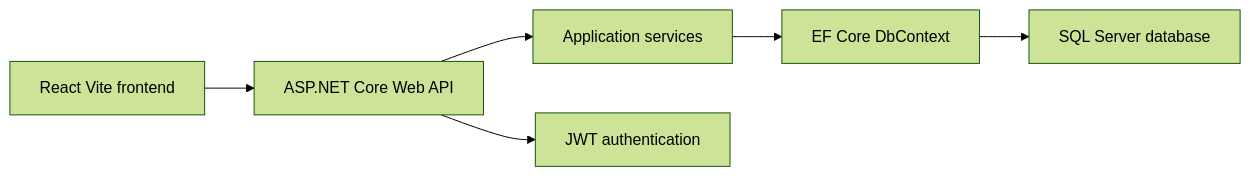
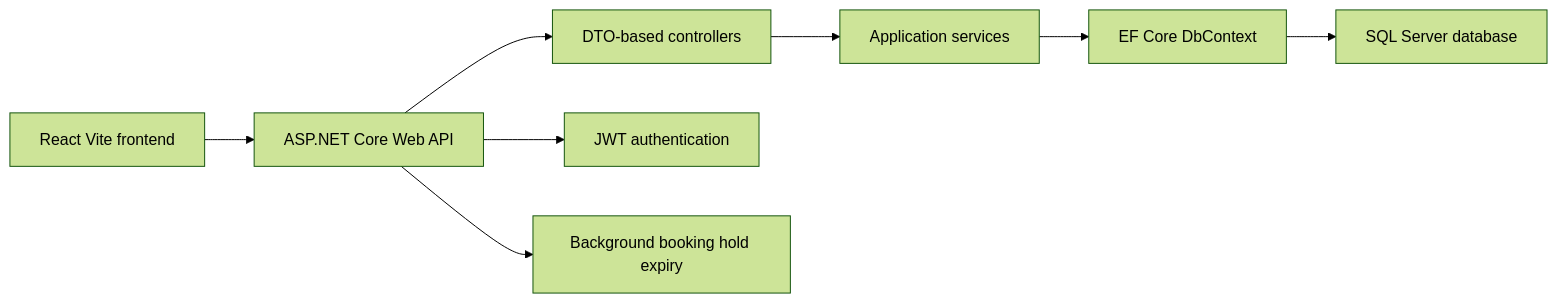
Before and after one commit to chunkylikestrain/TrainTicketPlatformAPI: the first of 3 diagrams in README.md, drawn with Mermaid (forest theme). The commit also changed other lines of this file and 2 other files, not shown here.

````diff
--- a/README.md
+++ b/README.md
@@ -18,8 +19,10 @@
 ```mermaid
 flowchart LR
   React["React Vite frontend"] --> Api["ASP.NET Core Web API"]
-  Api --> Services["Application services"]
+  Api --> Controllers["DTO-based controllers"]
+  Controllers --> Services["Application services"]
   Services --> Ef["EF Core DbContext"]
   Ef --> Sql["SQL Server database"]
   Api --> Jwt["JWT authentication"]
+  Api --> Hosted["Background booking hold expiry"]
 ```
````
